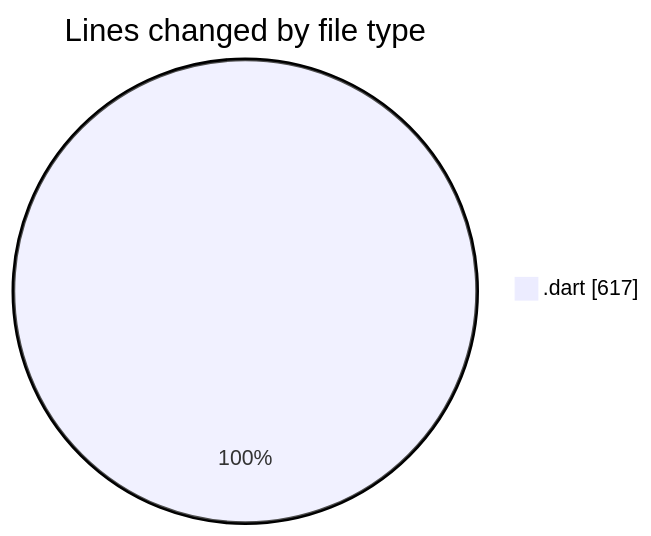
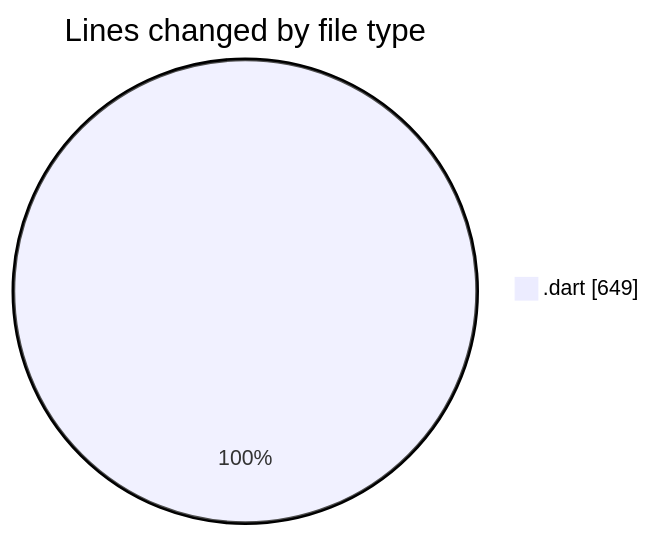
One commit to donsfak/code-tracking changed the first of 2 diagrams in 2025-01-14/trackers_app/README.md. Above: the diagram before and after it, drawn with Mermaid. The commit also changed other lines of this file and 1 other file, not shown here.

````diff
--- a/2025-01-14/trackers_app/README.md
+++ b/2025-01-14/trackers_app/README.md
@@ -28,5 +28,5 @@
 ```mermaid
 pie showData
 title Lines changed by file type
-".dart" : 617
+".dart" : 649
 ```
````
